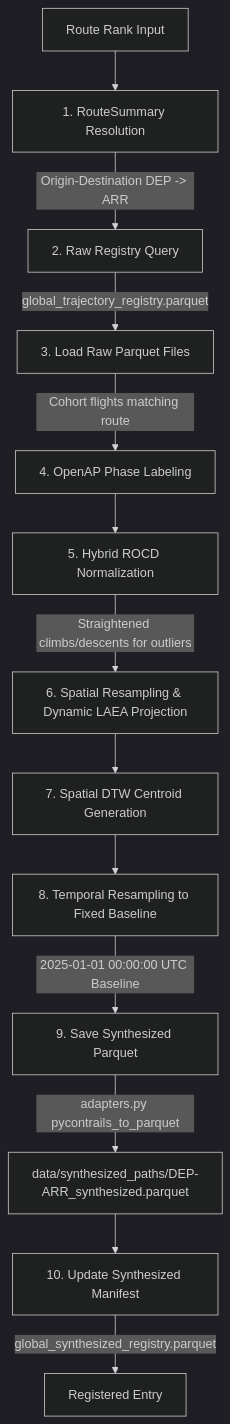
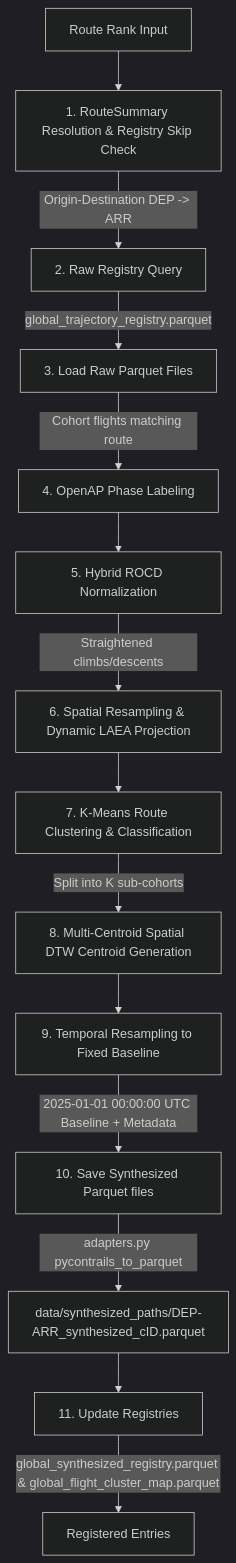
The diagram in src/synthesis/README.md (Bauzement123/flight-physics-pipeline), drawn with Mermaid (dark theme) before and after one commit. The commit also changed other lines of this file and 7 other files, not shown here.

Commit message:
Integrate K-Means Route Clustering engine and classification metadata end-to-end

````diff
--- a/src/synthesis/README.md
+++ b/src/synthesis/README.md
@@ -68,15 +76,16 @@
 ```mermaid
 graph TD
-    A[Route Rank Input] --> B[1. RouteSummary Resolution]
+    A[Route Rank Input] --> B[1. RouteSummary Resolution & Registry Skip Check]
     B -->|Origin-Destination DEP -> ARR| C[2. Raw Registry Query]
     C -->|global_trajectory_registry.parquet| D[3. Load Raw Parquet Files]
     D -->|Cohort flights matching route| E[4. OpenAP Phase Labeling]
     E --> F[5. Hybrid ROCD Normalization]
-    F -->|Straightened climbs/descents for outliers| G[6. Spatial Resampling & Dynamic LAEA Projection]
-    G --> H[7. Spatial DTW Centroid Generation]
-    H --> I[8. Temporal Resampling to Fixed Baseline]
-    I -->|2025-01-01 00:00:00 UTC Baseline| J[9. Save Synthesized Parquet]
-    J -->|adapters.py pycontrails_to_parquet| K[data/synthesized_paths/DEP-ARR_synthesized.parquet]
-    K --> L[10. Update Synthesized Manifest]
-    L -->|global_synthesized_registry.parquet| M[Registered Entry]
+    F -->|Straightened climbs/descents| G[6. Spatial Resampling & Dynamic LAEA Projection]
+    G --> H[7. K-Means Route Clustering & Classification]
+    H -->|Split into K sub-cohorts| I[8. Multi-Centroid Spatial DTW Centroid Generation]
+    I --> J[9. Temporal Resampling to Fixed Baseline]
+    J -->|2025-01-01 00:00:00 UTC Baseline + Metadata| K[10. Save Synthesized Parquet files]
+    K -->|adapters.py pycontrails_to_parquet| L[data/synthesized_paths/DEP-ARR_synthesized_cID.parquet]
+    L --> M[11. Update Registries]
+    M -->|global_synthesized_registry.parquet & global_flight_cluster_map.parquet| N[Registered Entries]
 ```
````
